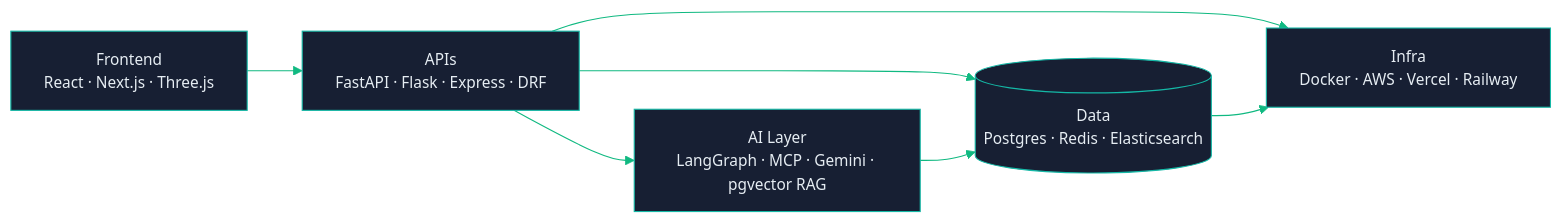
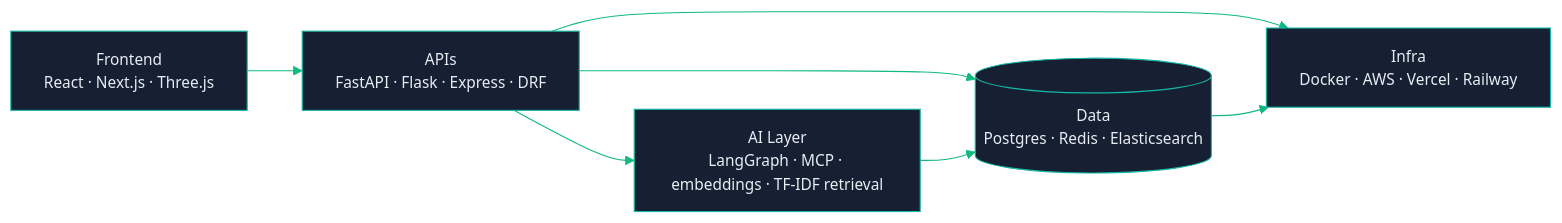
The diagram in README.md (UgaTheDev/UgaTheDev), drawn with Mermaid before and after one commit. The commit also changed other lines of this file, not shown here.

````diff
--- a/README.md
+++ b/README.md
@@ -140,10 +157,10 @@
 ```mermaid
 %%{init: {'theme':'base','themeVariables':{'primaryColor':'#171F33','primaryTextColor':'#E6EDF3','primaryBorderColor':'#14B8A6','lineColor':'#10B981','fontSize':'14px'}}}%%
 flowchart LR
     UI["Frontend\nReact · Next.js · Three.js"] --> API["APIs\nFastAPI · Flask · Express · DRF"]
-    API --> AI["AI Layer\nLangGraph · MCP · Gemini · pgvector RAG"]
+    API --> AI["AI Layer\nLangGraph · MCP · embeddings · TF-IDF retrieval"]
     API --> DATA[("Data\nPostgres · Redis · Elasticsearch")]
     AI --> DATA
     API --> INFRA["Infra\nDocker · AWS · Vercel · Railway"]
     DATA --> INFRA
 ```
````
